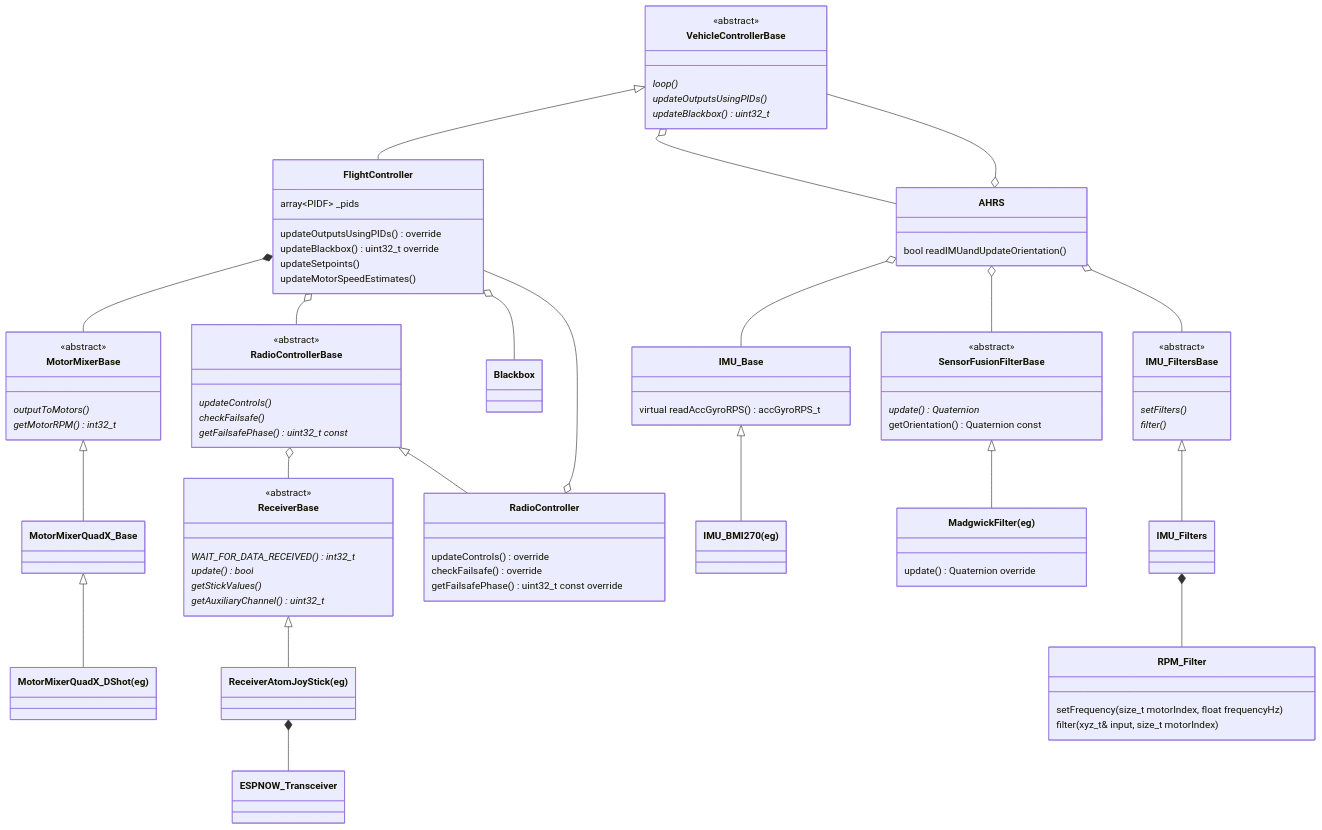
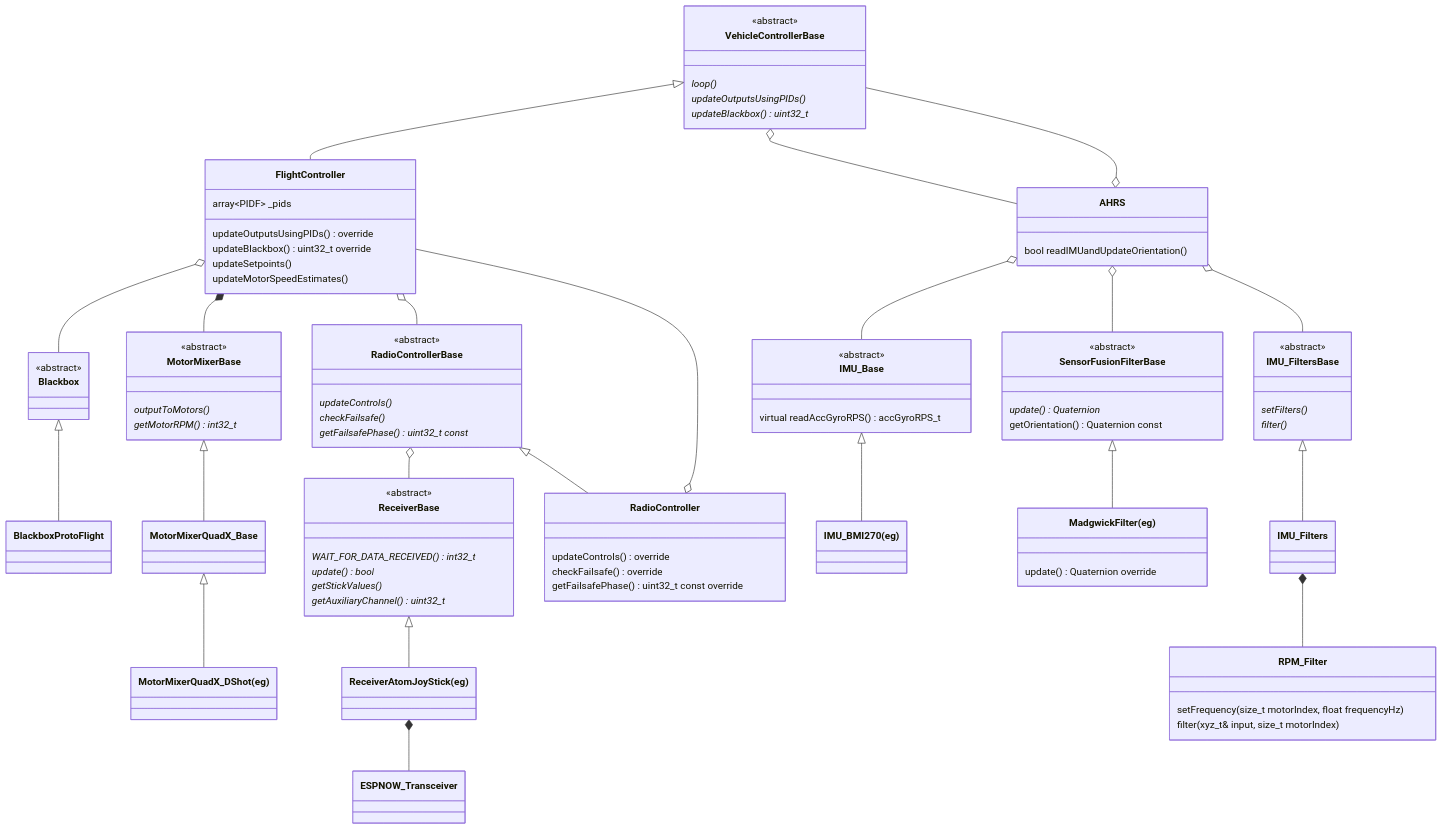
One commit to martinbudden/Protoflight changed the first of 5 diagrams in README.md. Above: the diagram before and after it, drawn with Mermaid. The commit also changed other lines of this file and 3 other files, not shown here.

```diff
--- a/README.md
+++ b/README.md
@@ -222,7 +222,13 @@
         getOrientation() Quaternion const
     }
 
+    class Blackbox {
+        <<abstract>>
+    }
+    Blackbox <|-- BlackboxProtoFlight
+
     class IMU_Base {
+        <<abstract>>
         virtual readAccGyroRPS() accGyroRPS_t
     }
 
@@ -254,9 +260,9 @@
         updateSetpoints()
         updateMotorSpeedEstimates()
     }
+    FlightController o-- Blackbox
     FlightController *-- MotorMixerBase
     FlightController o-- RadioControllerBase
-    FlightController o-- Blackbox
 
     class AHRS {
         bool readIMUandUpdateOrientation()
```
